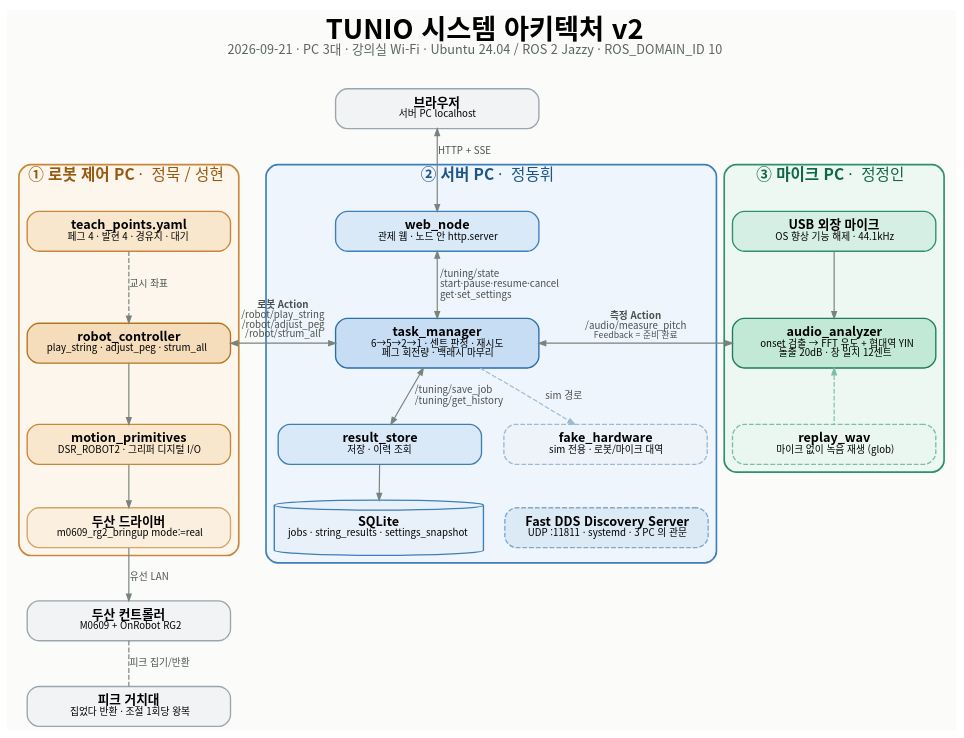
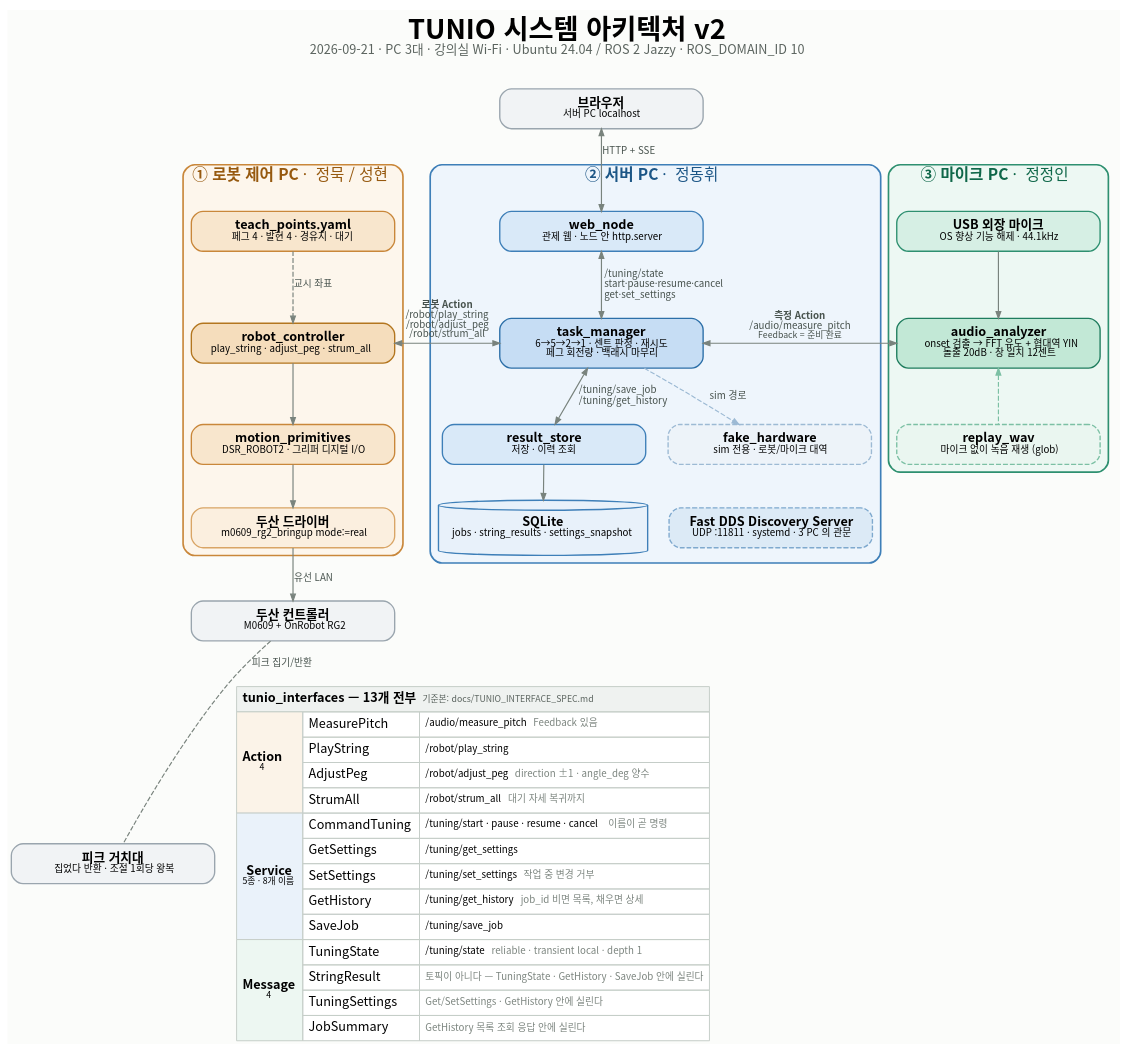
The diagram in docs/TUNIO_시스템아키텍처_v2.dot (bingo888777/tunio_ws), drawn with Graphviz before and after one commit. The commit also changed 2 other files, not shown here.

```diff
--- a/docs/TUNIO_시스템아키텍처_v2.dot
+++ b/docs/TUNIO_시스템아키텍처_v2.dot
@@ -1,60 +1,87 @@
 digraph TUNIO_ARCH {
   graph [rankdir=TB, fontname="Noto Sans CJK KR", labelloc=t, fontsize=28,
          label=<<B>TUNIO 시스템 아키텍처 v2</B><BR/><FONT POINT-SIZE="13" COLOR="#5A635E">2026-09-21 · PC 3대 · 강의실 Wi-Fi · Ubuntu 24.04 / ROS 2 Jazzy · ROS_DOMAIN_ID 10</FONT><BR/> >,
          bgcolor="#FBFCFA", nodesep=0.30, ranksep=0.50, compound=true, newrank=true];
   node  [shape=box, style="rounded,filled", fontname="Noto Sans CJK KR", fontsize=13,
          margin="0.20,0.13", penwidth=1.4, width=2.9];
   edge  [fontname="Noto Sans CJK KR", fontsize=10, color="#79837D", penwidth=1.2,
          arrowsize=0.7, fontcolor="#47524D"];
 
   subgraph cluster_robot {
     label=<<B>① 로봇 제어 PC</B>  ·  정묵 / 성현<BR/> >;
     fontsize=16; fontcolor="#96590F"; color="#C9873A"; style=rounded; penwidth=1.7; bgcolor="#FDF6EC";
     teach [label=<<B>teach_points.yaml</B><BR/><FONT POINT-SIZE="10.5">페그 4 · 발현 4 · 경유지 · 대기</FONT>>, fillcolor="#F8E6CD", color="#C9873A"];
     rc    [label=<<B>robot_controller</B><BR/><FONT POINT-SIZE="10.5">play_string · adjust_peg · strum_all</FONT>>, fillcolor="#F5DDBC", color="#B3761F"];
     mp    [label=<<B>motion_primitives</B><BR/><FONT POINT-SIZE="10.5">DSR_ROBOT2 · 그리퍼 디지털 I/O</FONT>>, fillcolor="#F8E6CD", color="#C9873A"];
     drv   [label=<<B>두산 드라이버</B><BR/><FONT POINT-SIZE="10.5">m0609_rg2_bringup mode:=real</FONT>>, fillcolor="#FBEFDF", color="#D9A566"];
     teach -> rc [style=dashed, label=" 교시 좌표"];
     rc -> mp -> drv;
   }
 
   subgraph cluster_server {
     label=<<B>② 서버 PC</B>  ·  정동휘<BR/> >;
     fontsize=16; fontcolor="#1C5686"; color="#3E7FB8"; style=rounded; penwidth=1.7; bgcolor="#EEF5FC";
     web [label=<<B>web_node</B><BR/><FONT POINT-SIZE="10.5">관제 웹 · 노드 안 http.server</FONT>>, fillcolor="#D9E9F8", color="#3E7FB8"];
     tm  [label=<<B>task_manager</B><BR/><FONT POINT-SIZE="10.5">6→5→2→1 · 센트 판정 · 재시도<BR/>페그 회전량 · 백래시 마무리</FONT>>, fillcolor="#C6DDF4", color="#2C6FA8"];
     rs  [label=<<B>result_store</B><BR/><FONT POINT-SIZE="10.5">저장 · 이력 조회</FONT>>, fillcolor="#D9E9F8", color="#3E7FB8"];
     db  [label=<<B>SQLite</B><BR/><FONT POINT-SIZE="10.5">jobs · string_results · settings_snapshot</FONT>>, shape=cylinder, style=filled, fillcolor="#E8F1FA", color="#3E7FB8"];
     ds  [label=<<B>Fast DDS Discovery Server</B><BR/><FONT POINT-SIZE="10.5">UDP :11811 · systemd · 3 PC 의 관문</FONT>>, fillcolor="#DCEAF6", color="#7FA9CE", style="rounded,filled,dashed"];
     fh  [label=<<B>fake_hardware</B><BR/><FONT POINT-SIZE="10.5">sim 전용 · 로봇/마이크 대역</FONT>>, fillcolor="#EDF3F9", color="#9DBAD4", style="rounded,filled,dashed"];
     web -> tm [dir=both, label=<  /tuning/state<BR ALIGN="LEFT"/>  start·pause·resume·cancel<BR ALIGN="LEFT"/>  get·set_settings<BR ALIGN="LEFT"/>>];
     tm -> rs [dir=both, label=<  /tuning/save_job<BR ALIGN="LEFT"/>  /tuning/get_history<BR ALIGN="LEFT"/>>];
     rs -> db;
     tm -> fh [style=dashed, color="#9DBAD4", label=" sim 경로"];
     fh -> ds [style=invis];
   }
 
   subgraph cluster_mic {
     label=<<B>③ 마이크 PC</B>  ·  정정인<BR/> >;
     fontsize=16; fontcolor="#0F6749"; color="#2E9070"; style=rounded; penwidth=1.7; bgcolor="#EDF8F3";
     usb [label=<<B>USB 외장 마이크</B><BR/><FONT POINT-SIZE="10.5">OS 향상 기능 해제 · 44.1kHz</FONT>>, fillcolor="#D6EFE4", color="#2E9070"];
     aa  [label=<<B>audio_analyzer</B><BR/><FONT POINT-SIZE="10.5">onset 검출 → FFT 유도 + 협대역 YIN<BR/>돌출 20dB · 창 일치 12센트</FONT>>, fillcolor="#C2E8D6", color="#1F7D5E"];
     rw  [label=<<B>replay_wav</B><BR/><FONT POINT-SIZE="10.5">마이크 없이 녹음 재생 (glob)</FONT>>, fillcolor="#EAF6F0", color="#7CC0A4", style="rounded,filled,dashed"];
     usb -> aa;
     aa -> rw [style=dashed, color="#7CC0A4", dir=back];
   }
 
   ctrl [label=<<B>두산 컨트롤러</B><BR/><FONT POINT-SIZE="10.5">M0609 + OnRobot RG2</FONT>>, fillcolor="#F1F3F5", color="#9AA5AE"];
   pick [label=<<B>피크 거치대</B><BR/><FONT POINT-SIZE="10.5">집었다 반환 · 조절 1회당 왕복</FONT>>, fillcolor="#F1F3F5", color="#9AA5AE"];
   brow [label=<<B>브라우저</B><BR/><FONT POINT-SIZE="10.5">서버 PC localhost</FONT>>, fillcolor="#F1F3F5", color="#9AA5AE"];
 
   drv  -> ctrl [label=" 유선 LAN"];
   ctrl -> pick [style=dashed, arrowhead=none, label=" 피크 집기/반환"];
   brow -> web [dir=both, label=" HTTP + SSE"];
 
   rc -> tm [dir=both, constraint=false, label=<<B>로봇 Action</B><BR/>/robot/play_string<BR/>/robot/adjust_peg<BR/>/robot/strum_all>];
   tm -> aa [dir=both, constraint=false, label=<<B>측정 Action</B><BR/>/audio/measure_pitch<BR/><FONT POINT-SIZE="9.5">Feedback = 준비 완료</FONT>>];
 
+
+  iface [shape=plaintext, margin=0, label=<
+  <TABLE BORDER="0" CELLBORDER="1" CELLSPACING="0" CELLPADDING="5" BGCOLOR="#FFFFFF" COLOR="#C6CEC9">
+    <TR><TD COLSPAN="3" BGCOLOR="#EFF2F0" ALIGN="LEFT"><B>tunio_interfaces — 13개 전부</B>  <FONT POINT-SIZE="9.5" COLOR="#5A635E">기준본: docs/TUNIO_INTERFACE_SPEC.md</FONT></TD></TR>
+
+    <TR><TD ROWSPAN="4" BGCOLOR="#FBF3E8" ALIGN="LEFT"><B>Action</B><BR/><FONT POINT-SIZE="9">4</FONT></TD>
+        <TD ALIGN="LEFT">MeasurePitch</TD><TD ALIGN="LEFT"><FONT POINT-SIZE="10">/audio/measure_pitch   <FONT COLOR="#7C857F">Feedback 있음</FONT></FONT></TD></TR>
+    <TR><TD ALIGN="LEFT">PlayString</TD><TD ALIGN="LEFT"><FONT POINT-SIZE="10">/robot/play_string</FONT></TD></TR>
+    <TR><TD ALIGN="LEFT">AdjustPeg</TD><TD ALIGN="LEFT"><FONT POINT-SIZE="10">/robot/adjust_peg   <FONT COLOR="#7C857F">direction ±1 · angle_deg 양수</FONT></FONT></TD></TR>
+    <TR><TD ALIGN="LEFT">StrumAll</TD><TD ALIGN="LEFT"><FONT POINT-SIZE="10">/robot/strum_all   <FONT COLOR="#7C857F">대기 자세 복귀까지</FONT></FONT></TD></TR>
+
+    <TR><TD ROWSPAN="5" BGCOLOR="#EAF2FA" ALIGN="LEFT"><B>Service</B><BR/><FONT POINT-SIZE="9">5종 · 8개 이름</FONT></TD>
+        <TD ALIGN="LEFT">CommandTuning</TD><TD ALIGN="LEFT"><FONT POINT-SIZE="10">/tuning/start · pause · resume · cancel   <FONT COLOR="#7C857F">이름이 곧 명령</FONT></FONT></TD></TR>
+    <TR><TD ALIGN="LEFT">GetSettings</TD><TD ALIGN="LEFT"><FONT POINT-SIZE="10">/tuning/get_settings</FONT></TD></TR>
+    <TR><TD ALIGN="LEFT">SetSettings</TD><TD ALIGN="LEFT"><FONT POINT-SIZE="10">/tuning/set_settings   <FONT COLOR="#7C857F">작업 중 변경 거부</FONT></FONT></TD></TR>
+    <TR><TD ALIGN="LEFT">GetHistory</TD><TD ALIGN="LEFT"><FONT POINT-SIZE="10">/tuning/get_history   <FONT COLOR="#7C857F">job_id 비면 목록, 채우면 상세</FONT></FONT></TD></TR>
+    <TR><TD ALIGN="LEFT">SaveJob</TD><TD ALIGN="LEFT"><FONT POINT-SIZE="10">/tuning/save_job</FONT></TD></TR>
+
+    <TR><TD ROWSPAN="4" BGCOLOR="#EDF7F2" ALIGN="LEFT"><B>Message</B><BR/><FONT POINT-SIZE="9">4</FONT></TD>
+        <TD ALIGN="LEFT">TuningState</TD><TD ALIGN="LEFT"><FONT POINT-SIZE="10">/tuning/state   <FONT COLOR="#7C857F">reliable · transient local · depth 1</FONT></FONT></TD></TR>
+    <TR><TD ALIGN="LEFT">StringResult</TD><TD ALIGN="LEFT"><FONT POINT-SIZE="10"><FONT COLOR="#7C857F">토픽이 아니다 — TuningState · GetHistory · SaveJob 안에 실린다</FONT></FONT></TD></TR>
+    <TR><TD ALIGN="LEFT">TuningSettings</TD><TD ALIGN="LEFT"><FONT POINT-SIZE="10"><FONT COLOR="#7C857F">Get/SetSettings · GetHistory 안에 실린다</FONT></FONT></TD></TR>
+    <TR><TD ALIGN="LEFT">JobSummary</TD><TD ALIGN="LEFT"><FONT POINT-SIZE="10"><FONT COLOR="#7C857F">GetHistory 목록 조회 응답 안에 실린다</FONT></FONT></TD></TR>
+  </TABLE>>];
+
+  ctrl -> iface [style=invis];
+
   { rank=same; teach; web; usb; }
   { rank=same; rc; tm; aa; }
 }
```
